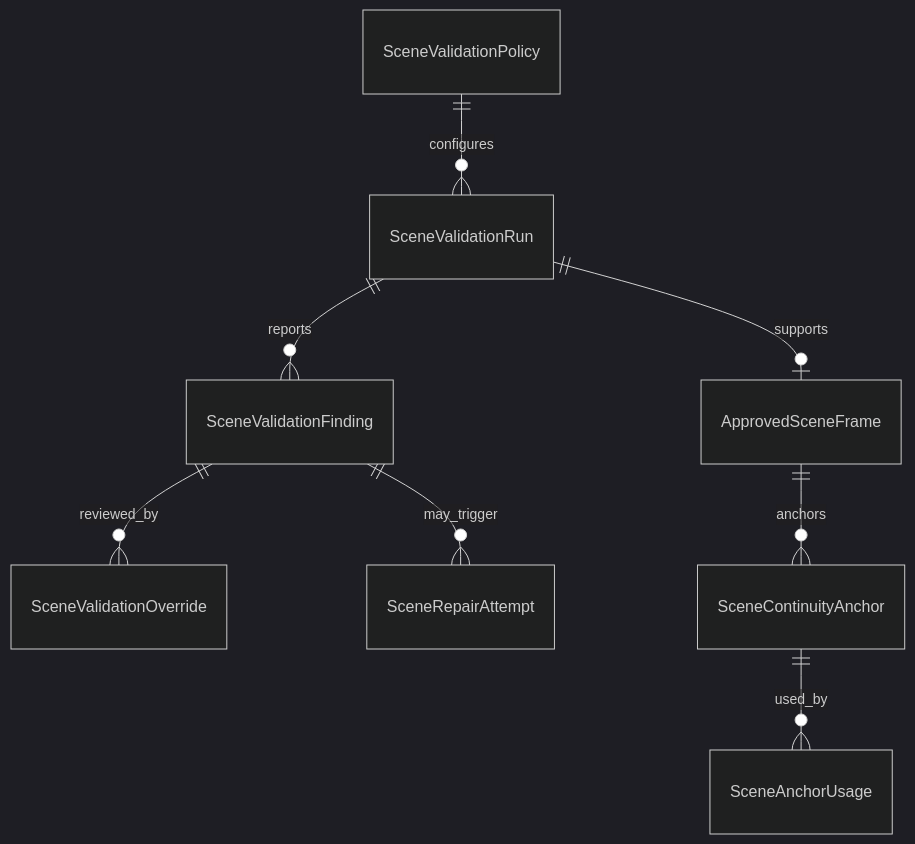
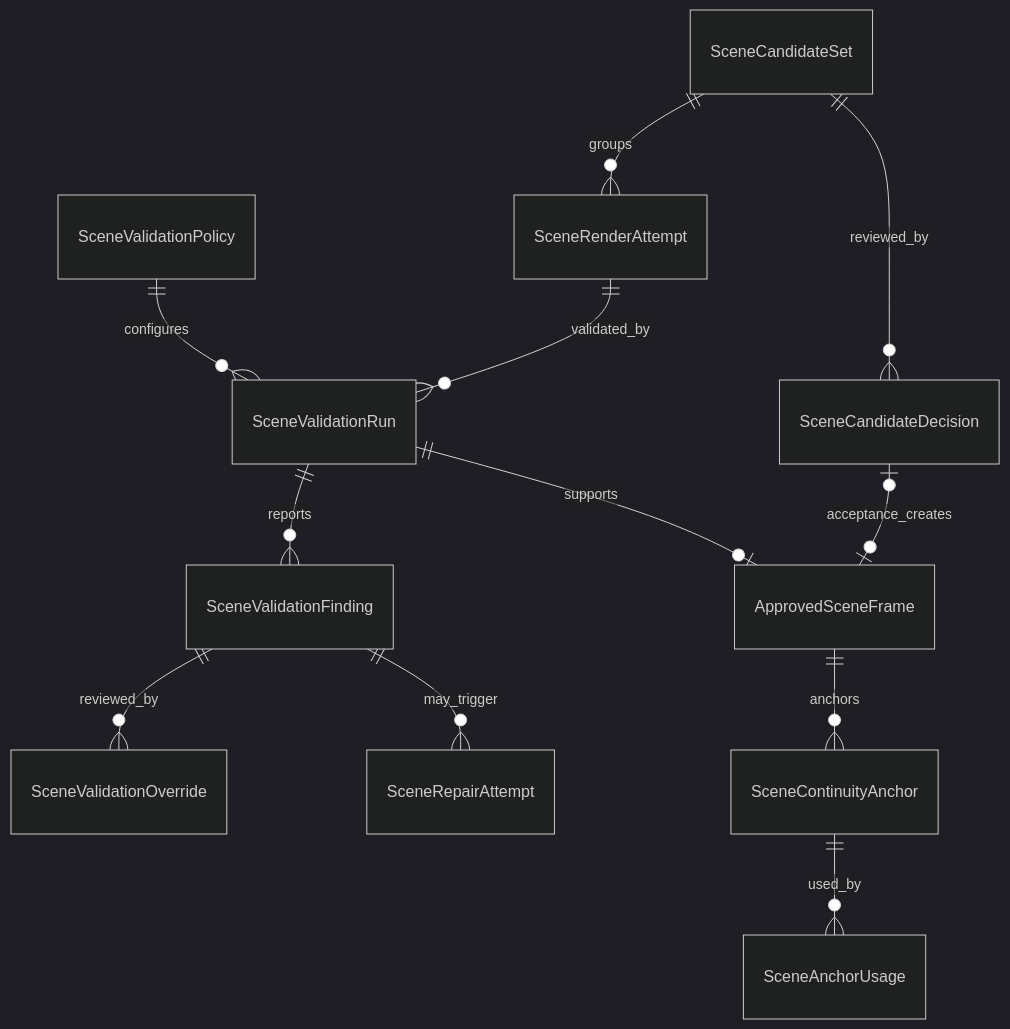
One commit to DaturaInoxia/DreamGenClone changed the diagram in specs/Planning/B-032-scene-image-generator/phase-4-validation-and-repair/data-model.md. Above: the diagram before and after it, drawn with Mermaid (dark theme). The commit also changed other lines of this file and 33 other files, not shown here.

````diff
--- a/specs/Planning/B-032-scene-image-generator/phase-4-validation-and-repair/data-model.md
+++ b/specs/Planning/B-032-scene-image-generator/phase-4-validation-and-repair/data-model.md
@@ -63,10 +86,14 @@
 ```mermaid
 erDiagram
     SceneValidationPolicy ||--o{ SceneValidationRun : configures
+    SceneCandidateSet ||--o{ SceneRenderAttempt : groups
+    SceneCandidateSet ||--o{ SceneCandidateDecision : reviewed_by
+    SceneRenderAttempt ||--o{ SceneValidationRun : validated_by
+    SceneCandidateDecision o|--o| ApprovedSceneFrame : acceptance_creates
     SceneValidationRun ||--o{ SceneValidationFinding : reports
     SceneValidationFinding ||--o{ SceneValidationOverride : reviewed_by
     SceneValidationFinding ||--o{ SceneRepairAttempt : may_trigger
     SceneValidationRun ||--o| ApprovedSceneFrame : supports
     ApprovedSceneFrame ||--o{ SceneContinuityAnchor : anchors
     SceneContinuityAnchor ||--o{ SceneAnchorUsage : used_by
 ```
````
